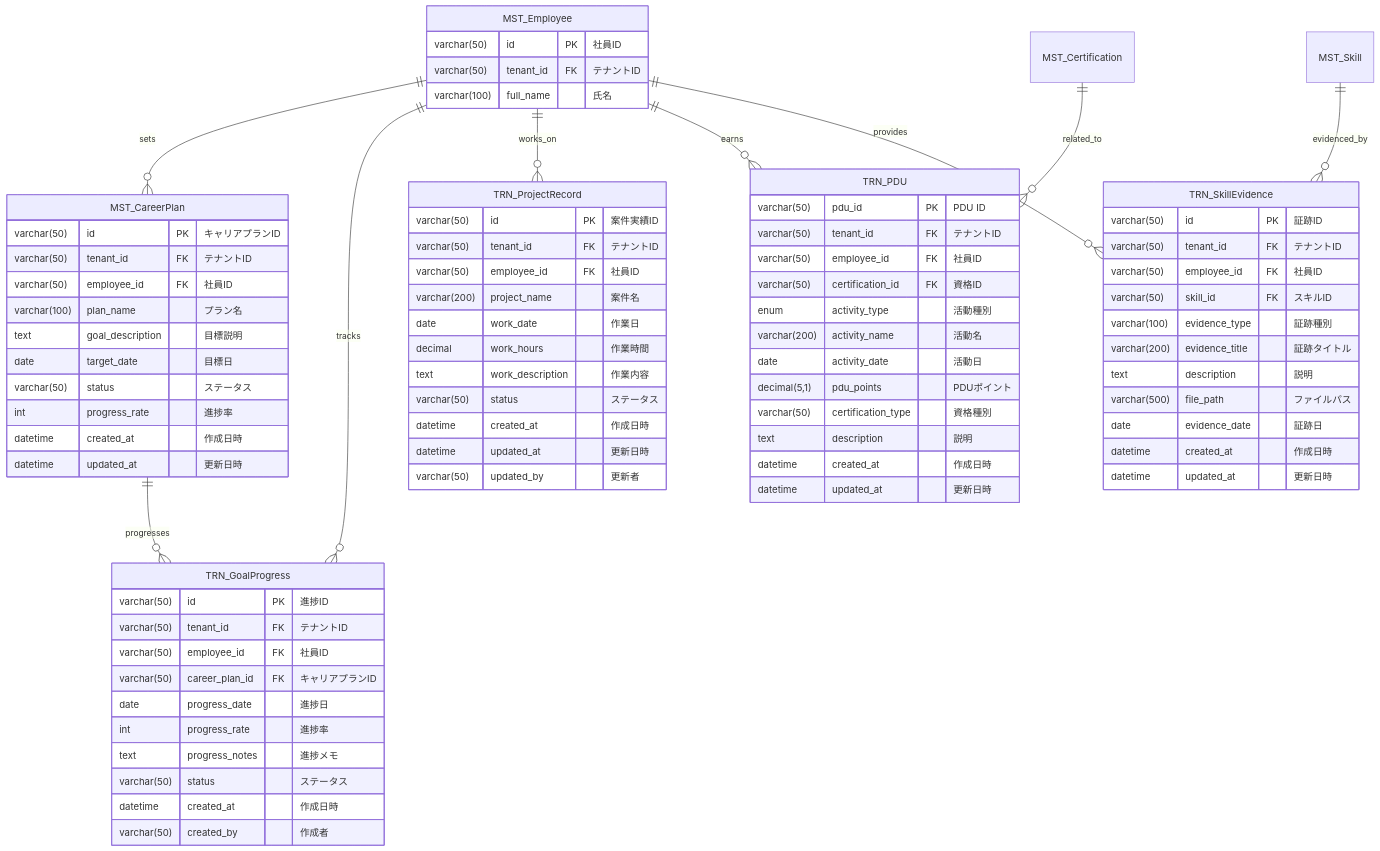
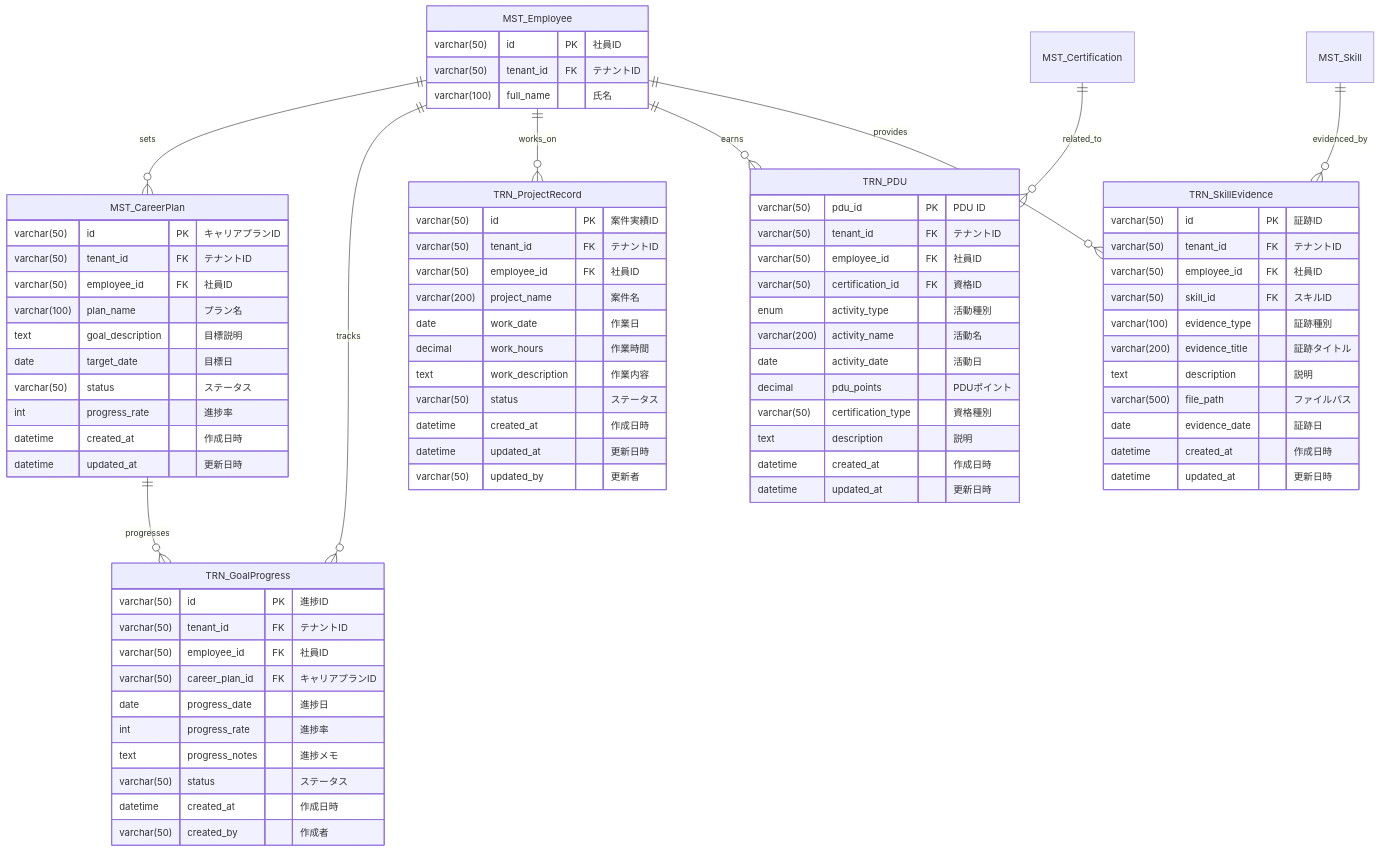
One commit to sas-dx/skill-report-web changed the sixth of 6 diagrams in docs/design/database/エンティティ関連図.md. Above: the diagram before and after it, drawn with Mermaid.

Commit message:
🔧 fix: Mermaid構文エラーを修正
- TRN_PDUテーブルのdecimal(5,1)をdecimalに変更
- Mermaidのerdiagram構文でカンマを含むデータ型が構文解析エラーを引き起こす問題を解決
- エンティティ関連図が正常に表示されるように修正

```diff
--- a/docs/design/database/エンティティ関連図.md
+++ b/docs/design/database/エンティティ関連図.md
@@ -633,7 +633,7 @@
         enum activity_type "活動種別"
         varchar(200) activity_name "活動名"
         date activity_date "活動日"
-        decimal(5,1) pdu_points "PDUポイント"
+        decimal pdu_points "PDUポイント"
         varchar(50) certification_type "資格種別"
         text description "説明"
         datetime created_at "作成日時"
```
